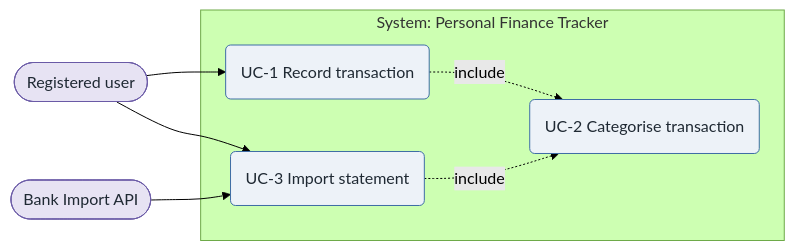
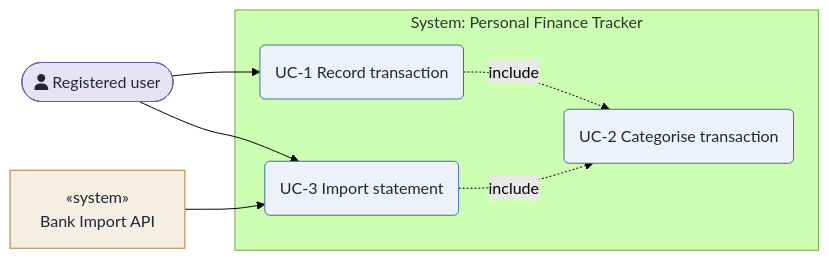
The sixth of 8 diagrams in skills/sei-diagrams/SKILL.md (rtym/sei-architecture-methodology), drawn with Mermaid (forest theme) before and after one commit. The commit also changed other lines of this file and 40 other files, not shown here.

````diff
--- a/skills/sei-diagrams/SKILL.md
+++ b/skills/sei-diagrams/SKILL.md
@@ -308,20 +311,22 @@
 ```mermaid
 flowchart LR
   %% Use case diagram — Finance Tracker: transaction management (UC-1..UC-3)
-  user(["Registered user"])
-  bank(["Bank Import API"])
+  user(["fa:fa-user Registered user"])
+  bank["&laquo;system&raquo;<br/>Bank Import API"]
   subgraph sys["System: Personal Finance Tracker"]
     uc1("UC-1 Record transaction")
     uc2("UC-2 Categorise transaction")
     uc3("UC-3 Import statement")
   end
   user --> uc1
   user --> uc3
   bank --> uc3
   uc1 -. include .-> uc2
   uc3 -. include .-> uc2
   classDef source   fill:#E7E3F3,stroke:#6B5BA6,color:#1F2933;
+  classDef external fill:#F5EEE3,stroke:#B07D3B,color:#1F2933;
   classDef artifact fill:#EDF2F8,stroke:#3E6DA5,color:#1F2933;
-  class user,bank source
+  class user source
+  class bank external
   class uc1,uc2,uc3 artifact
 ```
````
